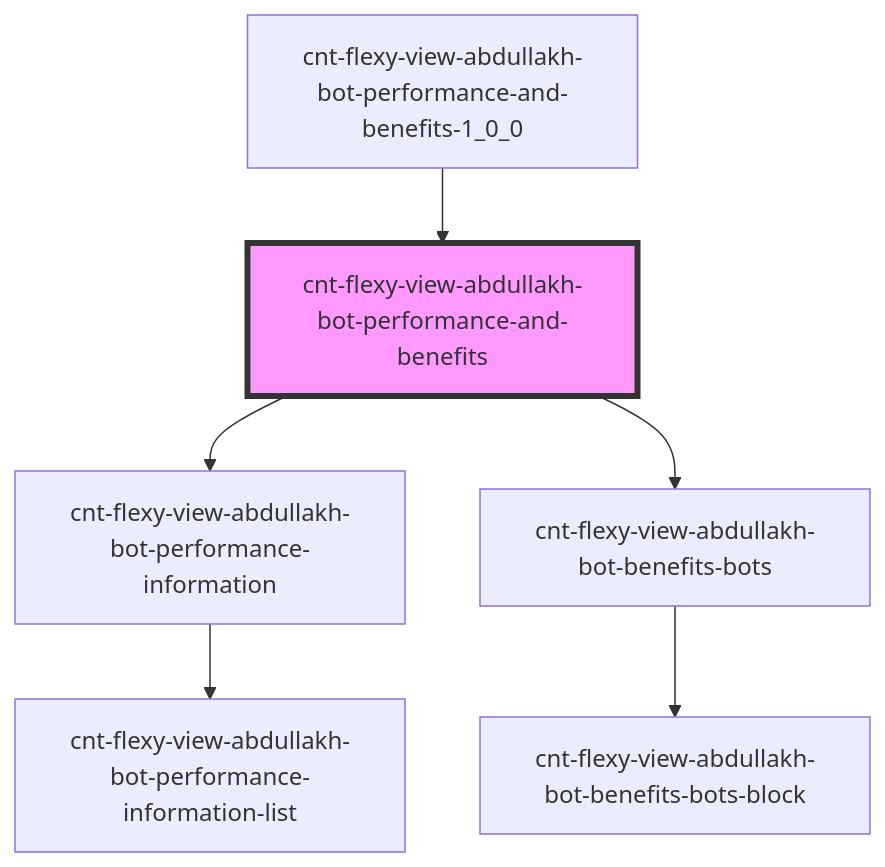
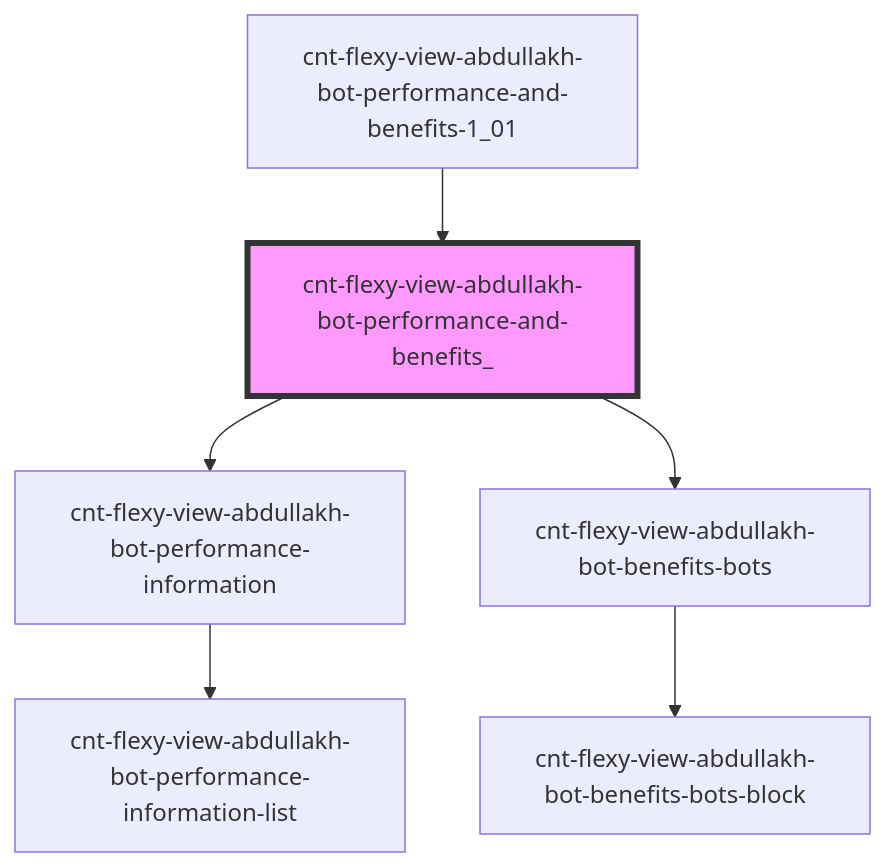
One commit to Wokh-Dada/botdevelopmentapp changed the diagram in src/components/cnt-flexy-view-abdullakh-bot-performance-and-benefits/res/view/cnt-flexy-view-abdullakh-bot-performance-and-benefits_/readme.md. Above: the diagram before and after it, drawn with Mermaid. The commit also changed other lines of this file and 34 other files, not shown here.

````diff
--- a/src/components/cnt-flexy-view-abdullakh-bot-performance-and-benefits/res/view/cnt-flexy-view-abdullakh-bot-performance-and-benefits_/readme.md
+++ b/src/components/cnt-flexy-view-abdullakh-bot-performance-and-benefits/res/view/cnt-flexy-view-abdullakh-bot-performance-and-benefits_/readme.md
@@ -35,9 +35,9 @@
 ```mermaid
 graph TD;
-  cnt-flexy-view-abdullakh-bot-performance-and-benefits --> cnt-flexy-view-abdullakh-bot-performance-information
-  cnt-flexy-view-abdullakh-bot-performance-and-benefits --> cnt-flexy-view-abdullakh-bot-benefits-bots
+  cnt-flexy-view-abdullakh-bot-performance-and-benefits_ --> cnt-flexy-view-abdullakh-bot-performance-information
+  cnt-flexy-view-abdullakh-bot-performance-and-benefits_ --> cnt-flexy-view-abdullakh-bot-benefits-bots
   cnt-flexy-view-abdullakh-bot-performance-information --> cnt-flexy-view-abdullakh-bot-performance-information-list
   cnt-flexy-view-abdullakh-bot-benefits-bots --> cnt-flexy-view-abdullakh-bot-benefits-bots-block
-  cnt-flexy-view-abdullakh-bot-performance-and-benefits-1_0_0 --> cnt-flexy-view-abdullakh-bot-performance-and-benefits
-  style cnt-flexy-view-abdullakh-bot-performance-and-benefits fill:#f9f,stroke:#333,stroke-width:4px
+  cnt-flexy-view-abdullakh-bot-performance-and-benefits-1_01 --> cnt-flexy-view-abdullakh-bot-performance-and-benefits_
+  style cnt-flexy-view-abdullakh-bot-performance-and-benefits_ fill:#f9f,stroke:#333,stroke-width:4px
 ```
````
